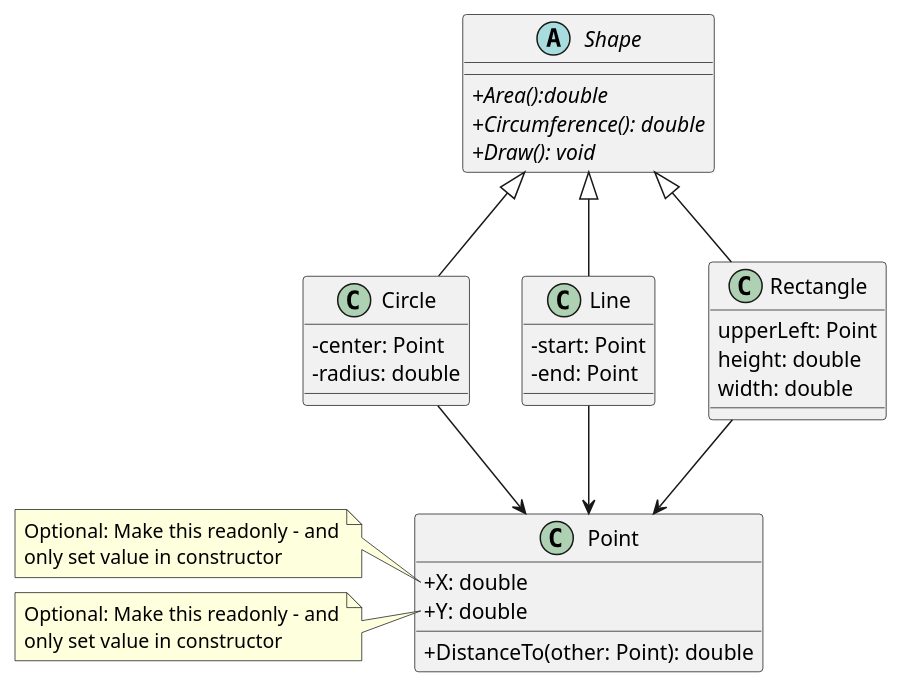
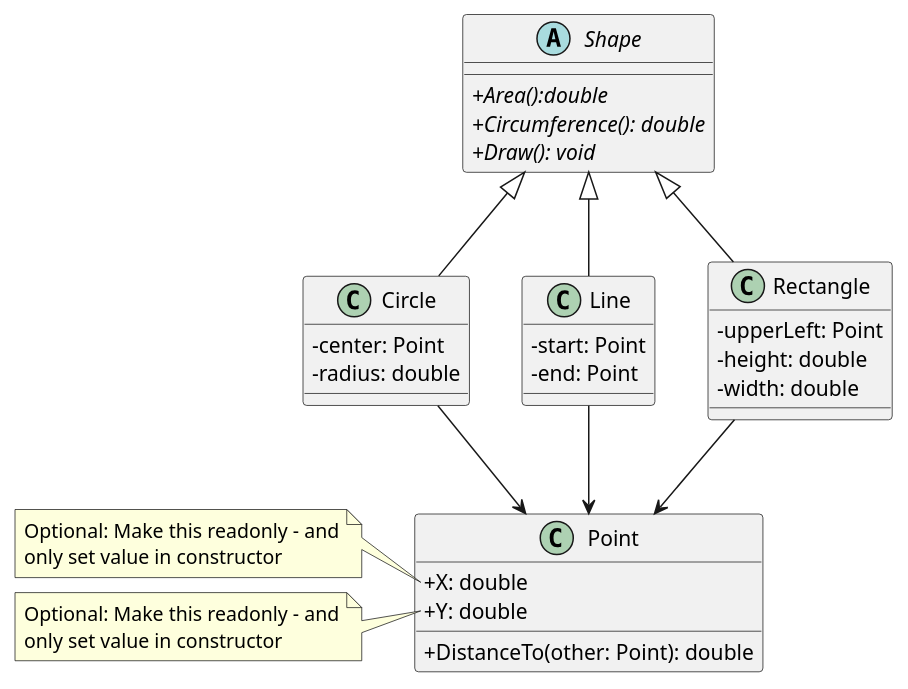
Before and after one commit to hkirk/ST2ITS2_Material: the diagram in slide_server/slides/Week 2/shapes_v1.plantuml, drawn with PlantUML.

Commit message:
PlantUML fixes

```diff
--- a/slide_server/slides/Week 2/shapes_v1.plantuml
+++ b/slide_server/slides/Week 2/shapes_v1.plantuml
@@ -1,51 +1,51 @@
 @startuml
 
 skinparam classAttributeIconSize 0
 
 Shape <|-- Circle
 Shape <|-- Line
 Shape <|-- Rectangle
 Circle --> Point
 Line --> Point
 Rectangle --> Point
 
 abstract class Shape {
   +{abstract} Area():double
   +{abstract} Circumference(): double
   +{abstract} Draw(): void
 }
 
 class Circle {
   -center: Point
   -radius: double 
 }
 
 class Line {
   -start: Point
   -end: Point
 }
 
 class Rectangle {
-  upperLeft: Point
-  height: double
-  width: double
+  -upperLeft: Point
+  -height: double
+  -width: double
 }
 
 class Point {
   +X: double
   +Y: double
 
   +DistanceTo(other: Point): double
 }
 
 note left of Point::X
   Optional: Make this readonly - and
   only set value in constructor
 end note
 note left of Point::Y
   Optional: Make this readonly - and
   only set value in constructor
 end note
 
 
 @enduml
```
